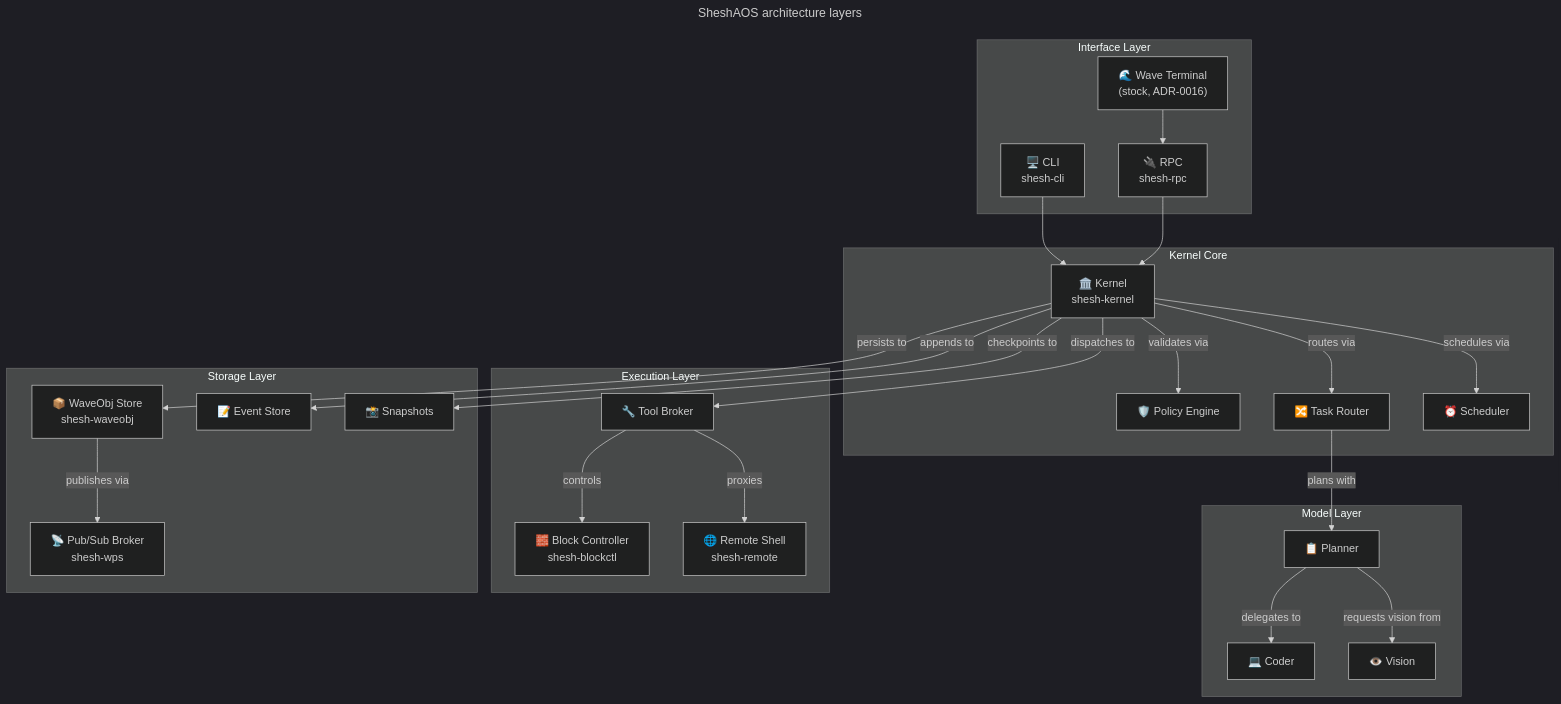
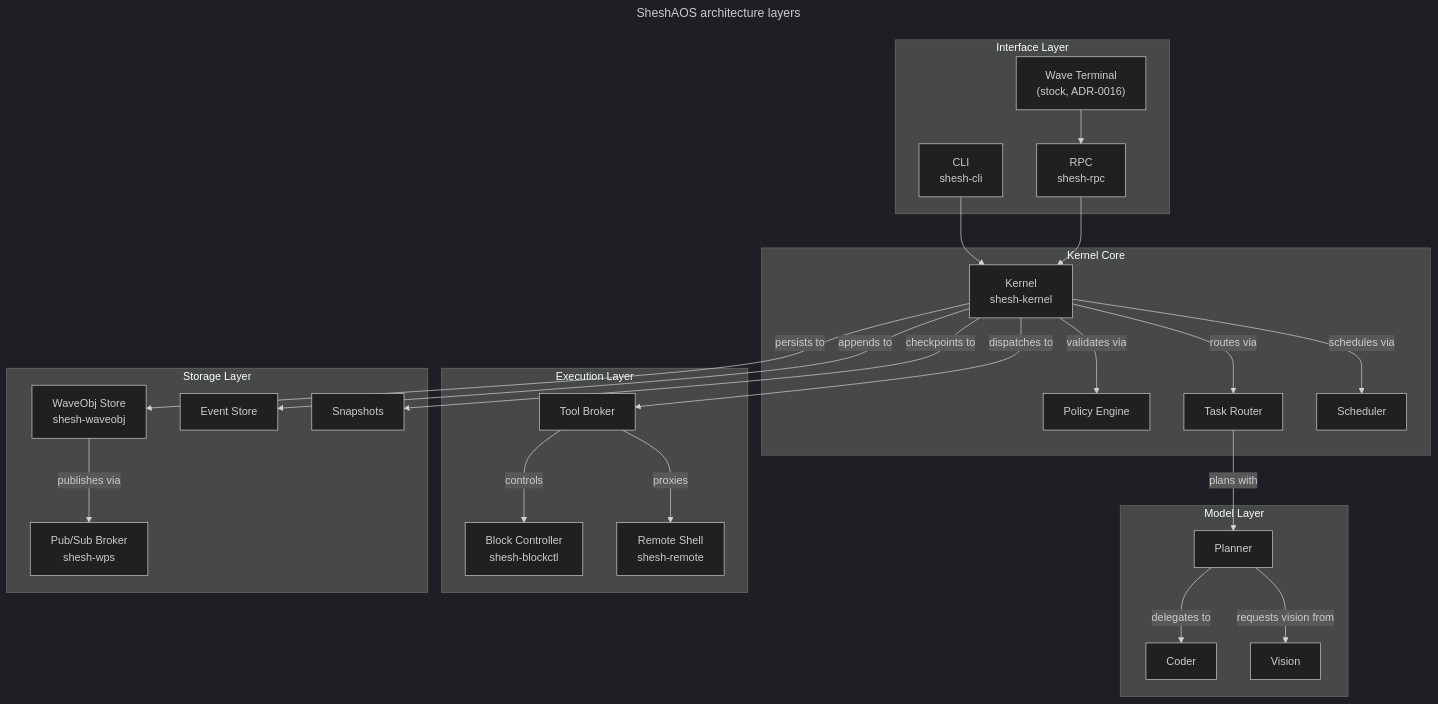
The first of 2 diagrams in src/sheshaos/architecture.md (gaganjainse/shesh-docs), drawn with Mermaid (dark theme) before and after one commit. The commit also changed other lines of this file and 124 other files, not shown here.

````diff
--- a/src/sheshaos/architecture.md
+++ b/src/sheshaos/architecture.md
@@ -7,49 +12,49 @@
 ```mermaid
 ---
 title: SheshAOS architecture layers
 ---
 graph TB
     subgraph interface["Interface Layer"]
-        CLI["🖥️ CLI<br/>shesh-cli"]
-        WAVE["🌊 Wave Terminal<br/>(stock, ADR-0016)"]
-        RPC["🔌 RPC<br/>shesh-rpc"]
+        CLI["CLI<br/>shesh-cli"]
+        WAVE["Wave Terminal<br/>(stock, ADR-0016)"]
+        RPC["RPC<br/>shesh-rpc"]
     end
     subgraph kernel["Kernel Core"]
-        K["🏛️ Kernel<br/>shesh-kernel"]
-        P["🛡️ Policy Engine"]
-        R["🔀 Task Router"]
-        S["⏰ Scheduler"]
+        K["Kernel<br/>shesh-kernel"]
+        P["Policy Engine"]
+        R["Task Router"]
+        S["Scheduler"]
     end
     subgraph model["Model Layer"]
-        PL["📋 Planner"]
-        CO["💻 Coder"]
-        VI["👁️ Vision"]
+        PL["Planner"]
+        CO["Coder"]
+        VI["Vision"]
     end
     subgraph exec["Execution Layer"]
-        T["🔧 Tool Broker"]
-        B["🧱 Block Controller<br/>shesh-blockctl"]
-        RM["🌐 Remote Shell<br/>shesh-remote"]
+        T["Tool Broker"]
+        B["Block Controller<br/>shesh-blockctl"]
+        RM["Remote Shell<br/>shesh-remote"]
     end
     subgraph storage["Storage Layer"]
-        WO["📦 WaveObj Store<br/>shesh-waveobj"]
-        WP["📡 Pub/Sub Broker<br/>shesh-wps"]
-        ES["📝 Event Store"]
-        SN["📸 Snapshots"]
+        WO["WaveObj Store<br/>shesh-waveobj"]
+        WP["Pub/Sub Broker<br/>shesh-wps"]
+        ES["Event Store"]
+        SN["Snapshots"]
     end
     CLI --> K
     WAVE --> RPC
     RPC --> K
     K -->|validates via| P
     K -->|routes via| R
     K -->|schedules via| S
     R -->|plans with| PL
     PL -->|delegates to| CO
     PL -->|requests vision from| VI
     K -->|dispatches to| T
     T -->|controls| B
     T -->|proxies| RM
     K -->|persists to| WO
     WO -->|publishes via| WP
     K -->|appends to| ES
     K -->|checkpoints to| SN
 ```
````
